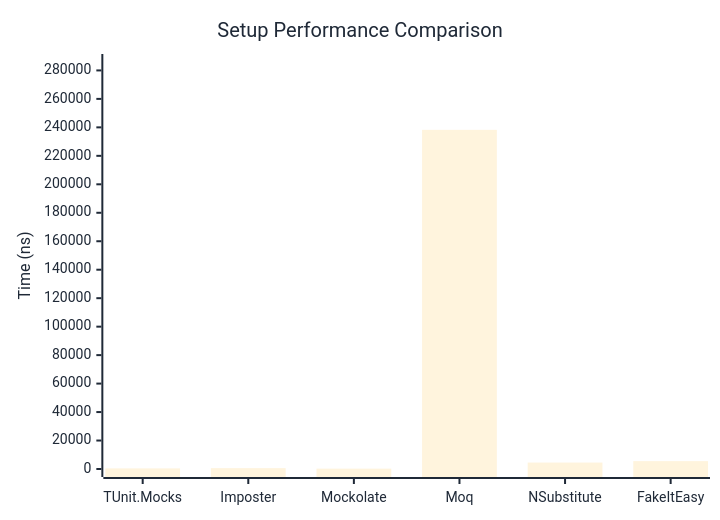
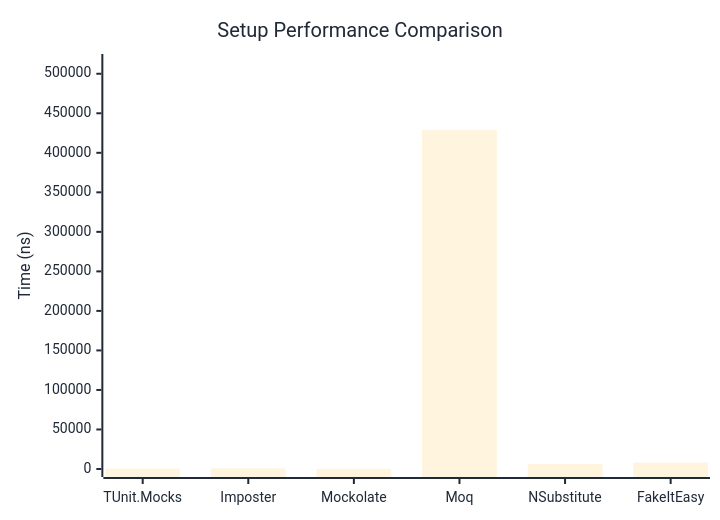
The first of 2 diagrams in docs/docs/benchmarks/mocks/Setup.md (thomhurst/TUnit), drawn with Mermaid before and after one commit. The commit also changed other lines of this file and 14 other files, not shown here.

````diff
--- a/docs/docs/benchmarks/mocks/Setup.md
+++ b/docs/docs/benchmarks/mocks/Setup.md
@@ -30,27 +30,27 @@
 ```mermaid
 %%{init: {
   'theme':'base',
   'themeVariables': {
     'primaryColor': '#2563eb',
     'primaryTextColor': '#1f2937',
     'primaryBorderColor': '#1e40af',
     'lineColor': '#6b7280',
     'secondaryColor': '#7c3aed',
     'tertiaryColor': '#dc2626',
     'background': '#ffffff',
     'pie1': '#2563eb',
     'pie2': '#7c3aed',
     'pie3': '#dc2626',
     'pie4': '#f59e0b',
     'pie5': '#10b981',
     'pie6': '#06b6d4',
     'pie7': '#ec4899',
     'pie8': '#6366f1'
   }
 }}%%
 xychart-beta
   title "Setup Performance Comparison"
   x-axis ["TUnit.Mocks", "Imposter", "Mockolate", "Moq", "NSubstitute", "FakeItEasy"]
-  y-axis "Time (ns)" 0 --> 285918
-  bar [430, 606.4, 243.6, 238264.3, 4533.6, 5531.1]
+  y-axis "Time (ns)" 0 --> 514872
+  bar [511, 814.2, 298.4, 429060, 6277.7, 8045.4]
 ```
````
